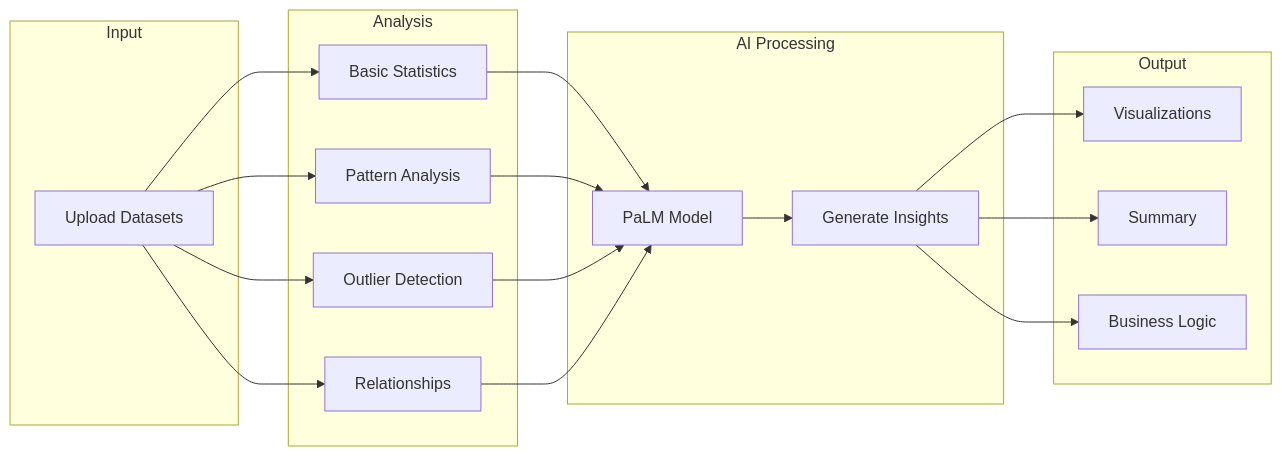
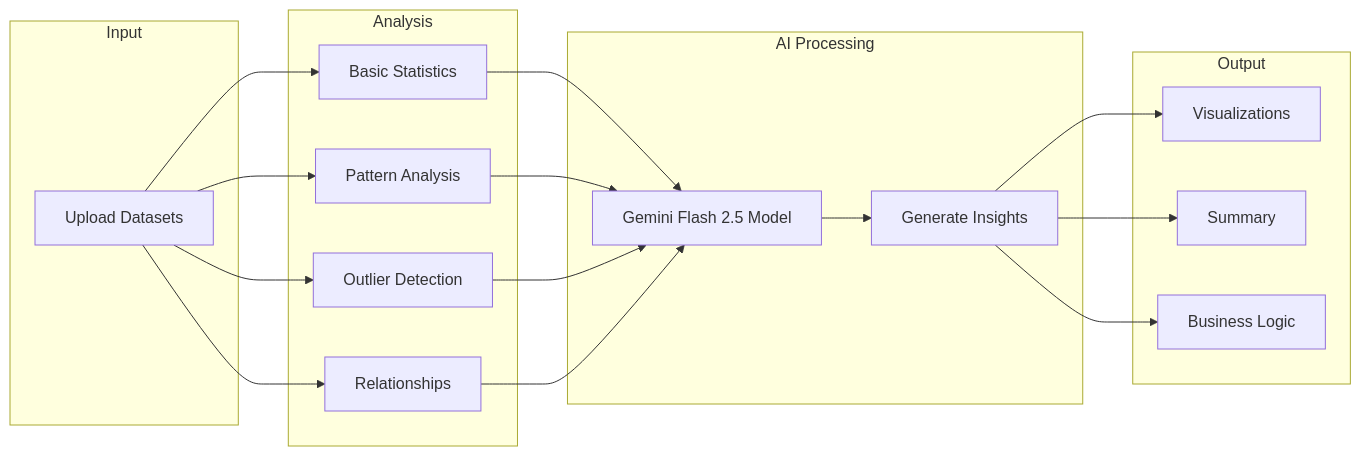
The third of 11 diagrams in presentation.md (nishant14763/datalens), drawn with Mermaid before and after one commit.

Commit message:
Update AI model reference from PaLM to Gemini Flash 2.5

````diff
--- a/presentation.md
+++ b/presentation.md
@@ -53,27 +53,27 @@
 ```mermaid
 graph LR
     subgraph Input
         U[Upload Datasets]
     end
     
     subgraph Analysis
         U --> B[Basic Statistics]
         U --> P[Pattern Analysis]
         U --> O[Outlier Detection]
         U --> R[Relationships]
     end
     
     subgraph AI Processing
-        B --> AI[PaLM Model]
+        B --> AI[Gemini Flash 2.5 Model]
         P --> AI
         O --> AI
         R --> AI
         AI --> I[Generate Insights]
     end
     
     subgraph Output
         I --> VIZ[Visualizations]
         I --> S[Summary]
         I --> BL[Business Logic]
     end
 ```
````
